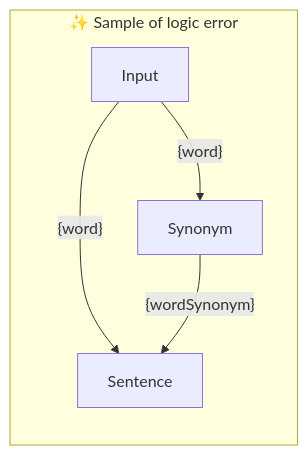
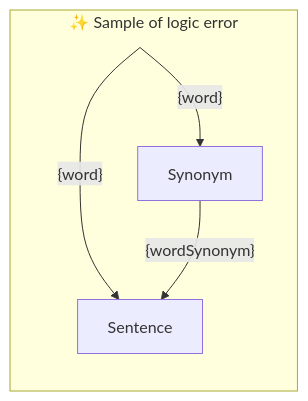
One commit to webgptorg/promptbook changed the diagram in samples/templates/70-parameter-used-in-reverse-order.ptbk.md. Above: the diagram before and after it, drawn with Mermaid. The commit also changed 16 other files, not shown here.

Commit message:
Auto-generated Mermaid graphs of promptboks

````diff
--- a/samples/templates/70-parameter-used-in-reverse-order.ptbk.md
+++ b/samples/templates/70-parameter-used-in-reverse-order.ptbk.md
@@ -13,23 +13,19 @@
 ```mermaid
 %% 🔮 Tip: Open this on GitHub or in the VSCode website to see the Mermaid graph visually
 
 flowchart LR
-    subgraph "✨ Sample of logic error"
+  subgraph "✨ Sample of logic error"
 
-        direction TB
+      direction TB
 
-        input[Input]
+      input[Input]:::hidden
+      templateSentence[Sentence]
+      input--"{word}"-->templateSentence
+      templateSynonym--"{wordSynonym}"-->templateSentence
+      templateSynonym[Synonym]
+      input--"{word}"-->templateSynonym
 
+      classDef hidden display: none;
 
-        templateSentence[Sentence]
-        input--"{word}"-->templateSentence
-        templateSynonym--"{wordSynonym}"-->templateSentence
-        templateSynonym[Synonym]
-        input--"{word}"-->templateSynonym
-
-
-
-
-
-    end
+  end;
 ```
````
